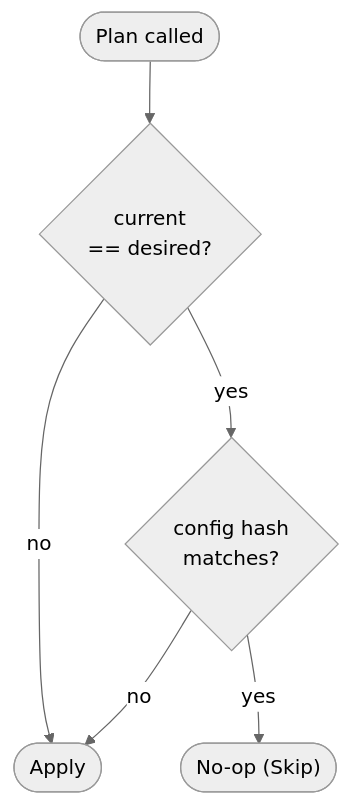
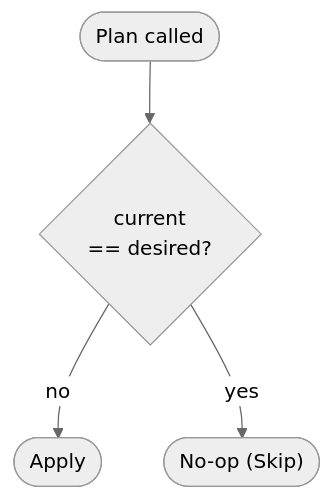
Before and after one commit to aether-gui/aether-ops-bootstrap: the diagram in website/docs/bootstrap-guide/state-file.md, drawn with Mermaid (neutral theme). The commit also changed other lines of this file and 19 other files, not shown here.

````diff
--- a/website/docs/bootstrap-guide/state-file.md
+++ b/website/docs/bootstrap-guide/state-file.md
@@ -100,14 +97,11 @@
 ```mermaid
 flowchart TD
     start([Plan called])
     ver{"current<br/>== desired?"}
-    hash{"config hash<br/>matches?"}
     noop(["No-op (Skip)"])
     apply(["Apply"])
 
     start --> ver
     ver -->|no| apply
-    ver -->|yes| hash
-    hash -->|yes| noop
-    hash -->|no| apply
+    ver -->|yes| noop
 ```
````
